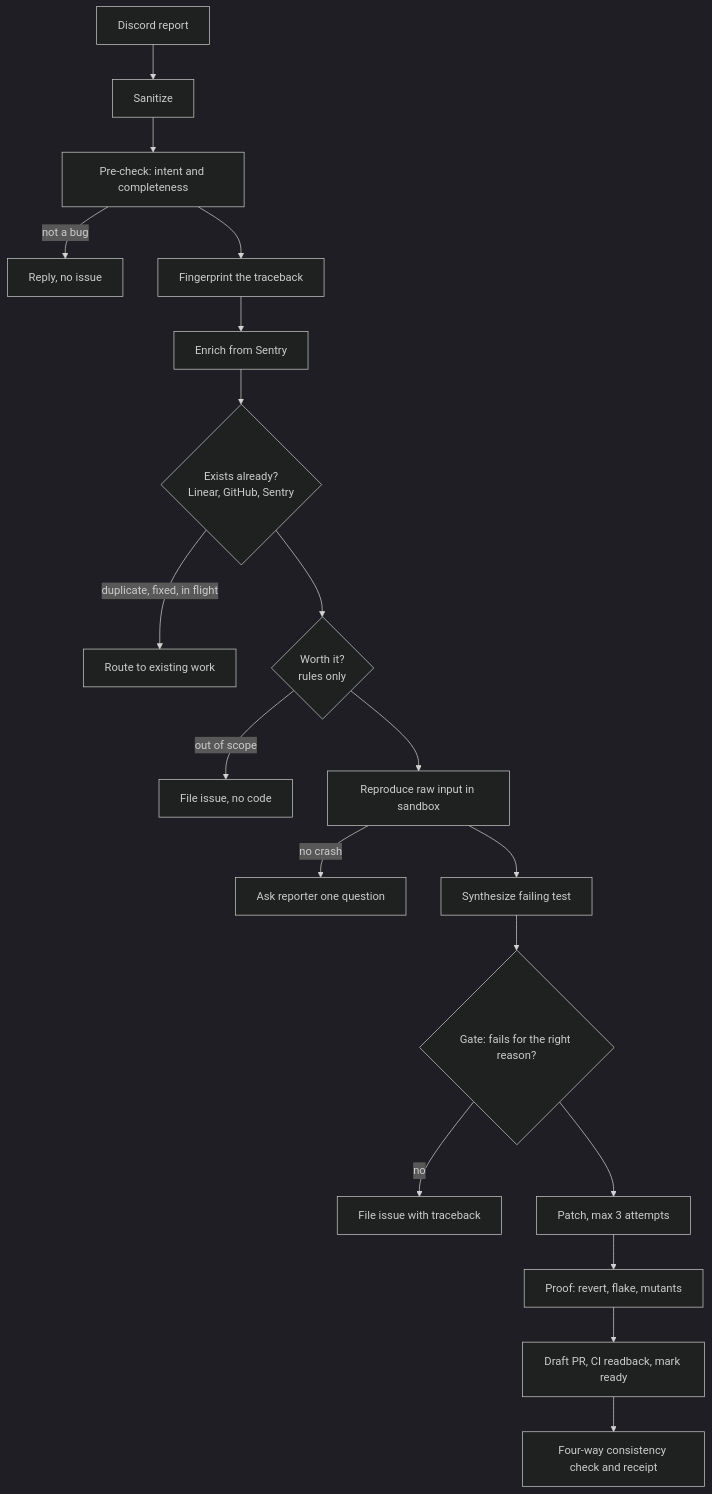
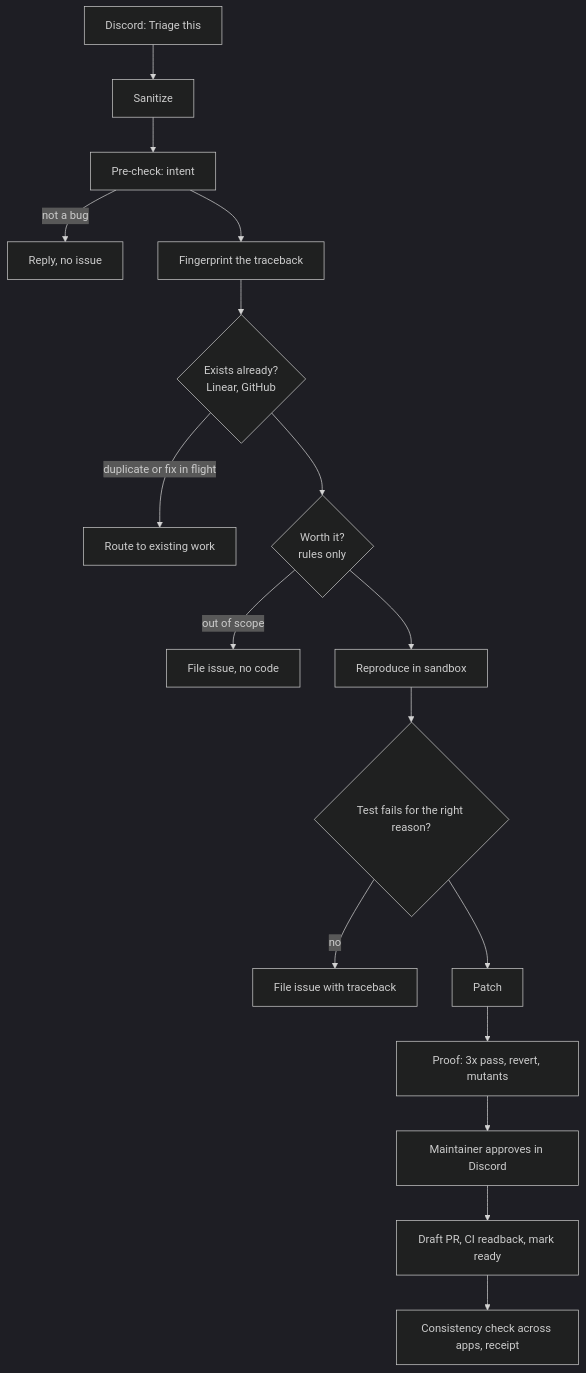
Before and after one commit to crypticsaiyan/proofPR: the diagram in README.md, drawn with Mermaid (dark theme). The commit also changed other lines of this file, not shown here.

````diff
--- a/README.md
+++ b/README.md
@@ -153,21 +168,19 @@
 ```mermaid
 flowchart TD
-    D[Discord report] --> S[Sanitize]
-    S --> P[Pre-check: intent and completeness]
+    D[Discord: Triage this] --> S[Sanitize]
+    S --> P[Pre-check: intent]
     P -->|not a bug| X1[Reply, no issue]
-    P --> E[Fingerprint the traceback]
-    E --> SE[Enrich from Sentry]
-    SE --> Q{Exists already?<br/>Linear, GitHub, Sentry}
-    Q -->|duplicate, fixed, in flight| X2[Route to existing work]
+    P --> F[Fingerprint the traceback]
+    F --> Q{Exists already?<br/>Linear, GitHub}
+    Q -->|duplicate or fix in flight| X2[Route to existing work]
     Q --> W{Worth it?<br/>rules only}
     W -->|out of scope| X3[File issue, no code]
-    W --> R1[Reproduce raw input in sandbox]
-    R1 -->|no crash| C[Ask reporter one question]
-    R1 --> R2[Synthesize failing test]
-    R2 --> G{Gate: fails for the right reason?}
+    W --> R1[Reproduce in sandbox]
+    R1 --> G{Test fails for the right reason?}
     G -->|no| X4[File issue with traceback]
-    G --> PA[Patch, max 3 attempts]
-    PA --> PR[Proof: revert, flake, mutants]
-    PR --> PU[Draft PR, CI readback, mark ready]
-    PU --> V[Four-way consistency check and receipt]
+    G --> PA[Patch]
+    PA --> PR[Proof: 3x pass, revert, mutants]
+    PR --> AP[Maintainer approves in Discord]
+    AP --> PU[Draft PR, CI readback, mark ready]
+    PU --> V[Consistency check across apps, receipt]
 ```
````
